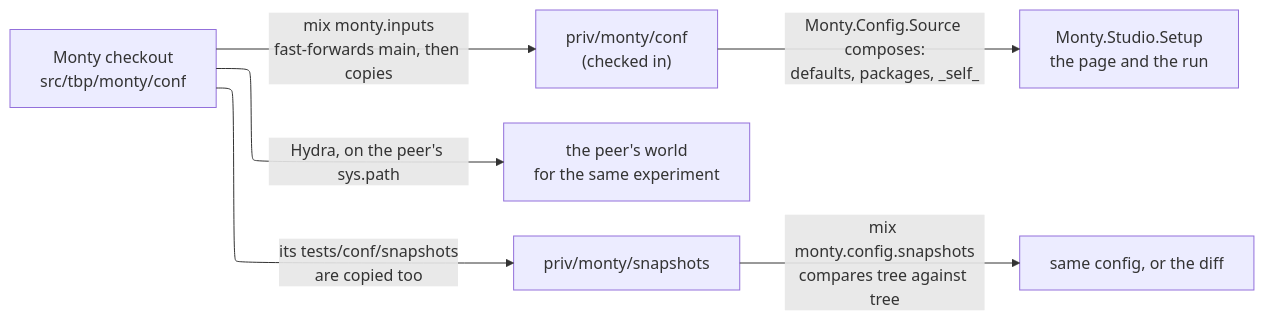
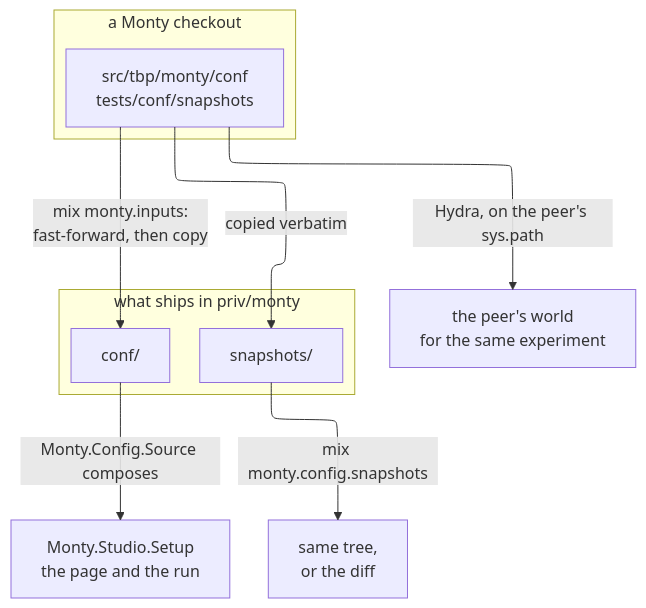
Before and after one commit to d-led/ex.tbp.monty: the fifth of 7 diagrams in docs/architecture.md, drawn with Mermaid. The commit also changed other lines of this file, not shown here.

First line of the commit message:
docs: the flowcharts read downwards, and the boundaries are boxes

````diff
--- a/docs/architecture.md
+++ b/docs/architecture.md
@@ -196,12 +206,21 @@
 ```mermaid
 ---
 config:
   layout: elk
 ---
-flowchart LR
-    upstream["Monty checkout<br/>src/tbp/monty/conf"] -->|"mix monty.inputs<br/>fast-forwards main, then copies"| shipped["priv/monty/conf<br/>(checked in)"]
-    shipped -->|"Monty.Config.Source composes:<br/>defaults, packages, _self_"| setup["Monty.Studio.Setup<br/>the page and the run"]
+flowchart TD
+    subgraph checkout["a Monty checkout"]
+        upstream["src/tbp/monty/conf<br/>tests/conf/snapshots"]
+    end
+
+    subgraph copy["what ships in priv/monty"]
+        shipped["conf/"]
+        snapshots["snapshots/"]
+    end
+
+    upstream -->|"mix monty.inputs:<br/>fast-forward, then copy"| shipped
+    upstream -->|"copied verbatim"| snapshots
+    shipped -->|"Monty.Config.Source composes"| setup["Monty.Studio.Setup<br/>the page and the run"]
+    snapshots -->|"mix monty.config.snapshots"| verdict["same tree,<br/>or the diff"]
     upstream -->|"Hydra, on the peer's sys.path"| peerworld["the peer's world<br/>for the same experiment"]
-    upstream -->|"its tests/conf/snapshots<br/>are copied too"| snapshots["priv/monty/snapshots"]
-    snapshots -->|"mix monty.config.snapshots<br/>compares tree against tree"| verdict["same config, or the diff"]
 ```
````
